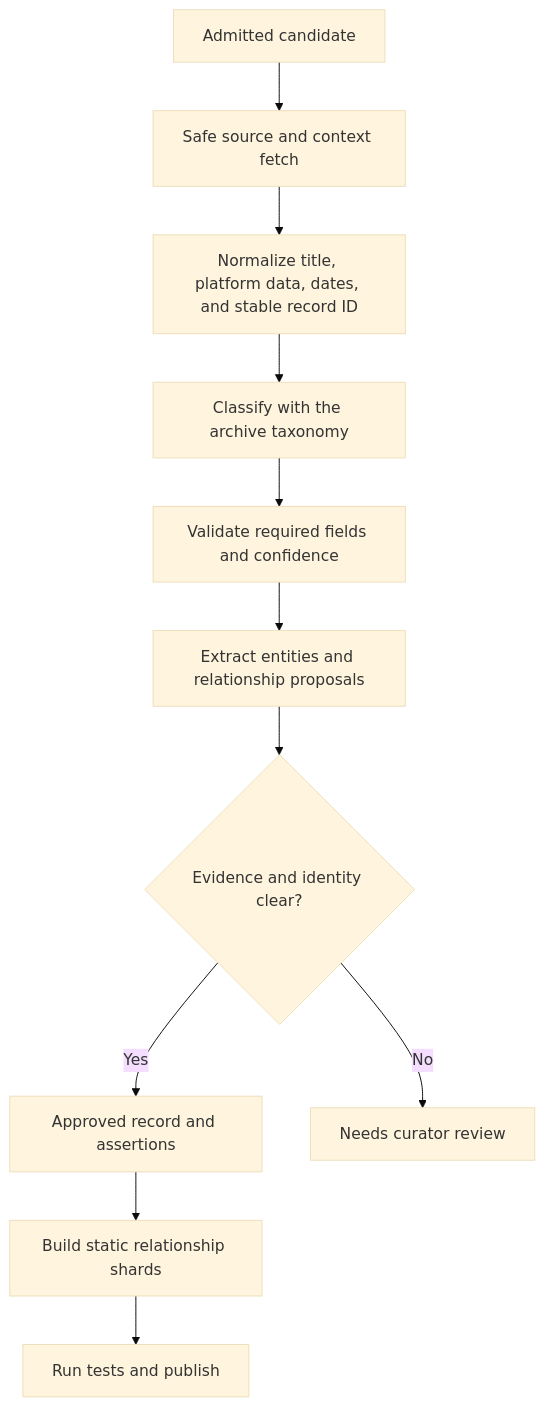
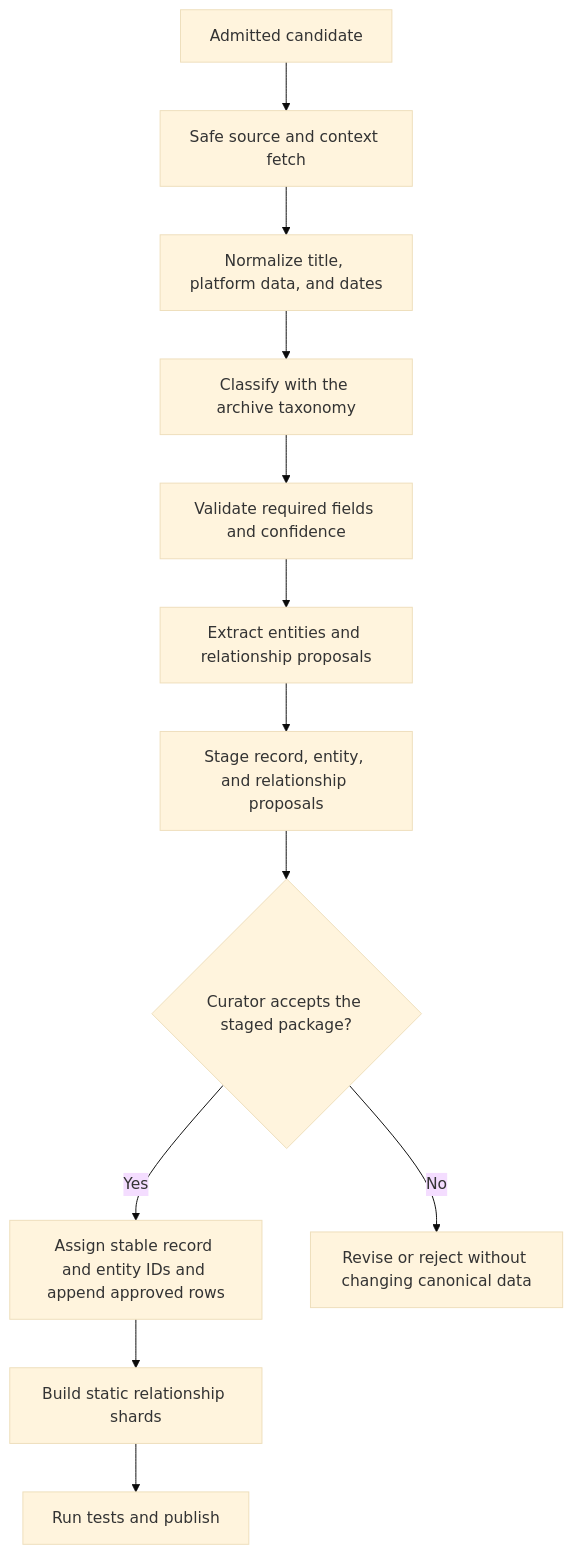
The fourth of 4 diagrams in docs/bluesky-stewardship-pipeline.md (jamditis/rosen-frontend), drawn with Mermaid (base theme) before and after one commit. The commit also changed other lines of this file, not shown here.

Commit message:
docs: correct bluesky stewardship review gates

````diff
--- a/docs/bluesky-stewardship-pipeline.md
+++ b/docs/bluesky-stewardship-pipeline.md
@@ -116,13 +116,14 @@
 ```mermaid
 flowchart TD
     A[Admitted candidate] --> B[Safe source and context fetch]
-    B --> C[Normalize title, platform data, dates, and stable record ID]
+    B --> C[Normalize title, platform data, and dates]
     C --> D[Classify with the archive taxonomy]
     D --> E[Validate required fields and confidence]
     E --> F[Extract entities and relationship proposals]
-    F --> G{Evidence and identity clear?}
-    G -->|Yes| H[Approved record and assertions]
-    G -->|No| I[Needs curator review]
-    H --> J[Build static relationship shards]
-    J --> K[Run tests and publish]
+    F --> G[Stage record, entity, and relationship proposals]
+    G --> H{Curator accepts the staged package?}
+    H -->|Yes| I[Assign stable record and entity IDs and append approved rows]
+    H -->|No| J[Revise or reject without changing canonical data]
+    I --> K[Build static relationship shards]
+    K --> L[Run tests and publish]
 ```
````
